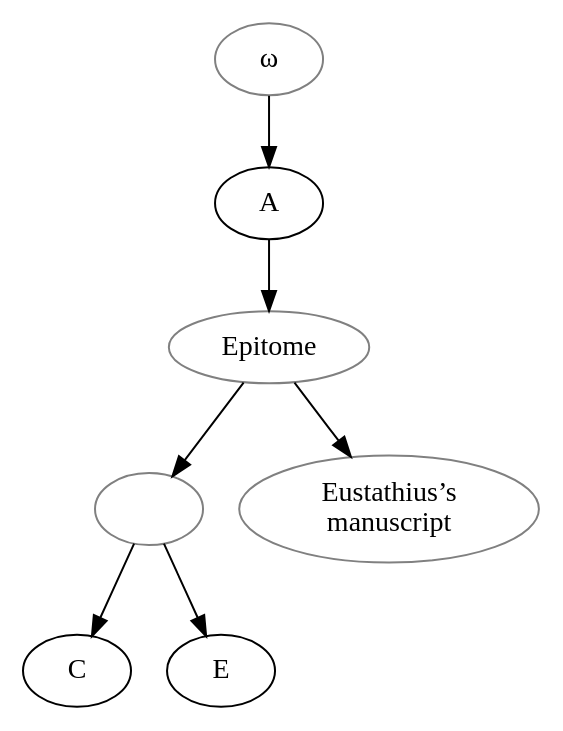
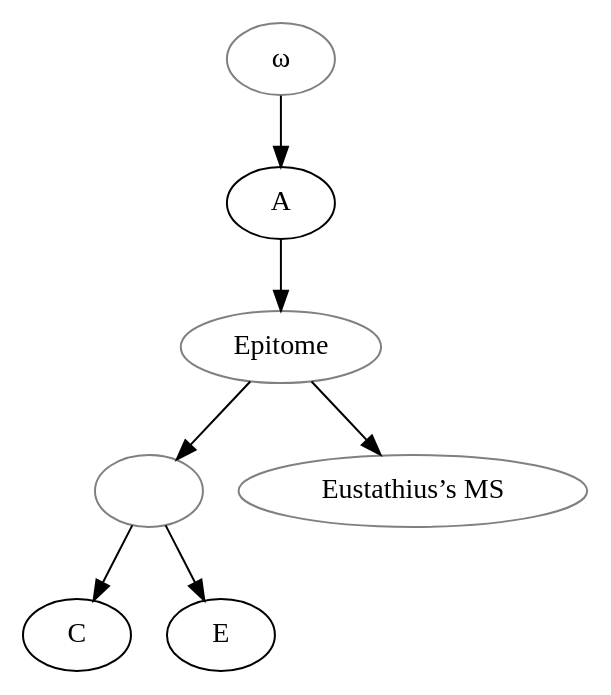
The diagram in data/grc/Cobet_1845_Athenaeus/stemma.gv (OpenStemmata/database), drawn with Graphviz before and after one commit. The commit also changed 5 other files, not shown here.

```diff
--- a/data/grc/Cobet_1845_Athenaeus/stemma.gv
+++ b/data/grc/Cobet_1845_Athenaeus/stemma.gv
@@ -1,18 +1,18 @@
 # Athenaeus: Cobet 1845
 # Epitome derived from A, no contamination
 
 digraph {
 
     omega -> A;
     A -> epitome;
     epitome -> 1;
     1 -> C;
     1 -> E;
     epitome -> Eustathius_ms;
 
     omega [color="grey", label="ω"];
     epitome [color="grey", label="Epitome"];
-    Eustathius_ms [color="grey", label="Eustathius’s\nmanuscript"];
+    Eustathius_ms [color="grey", label="Eustathius’s MS"]; # Eustathius’s manuscript source
     1 [color="grey", label=""];
 
 }
```
